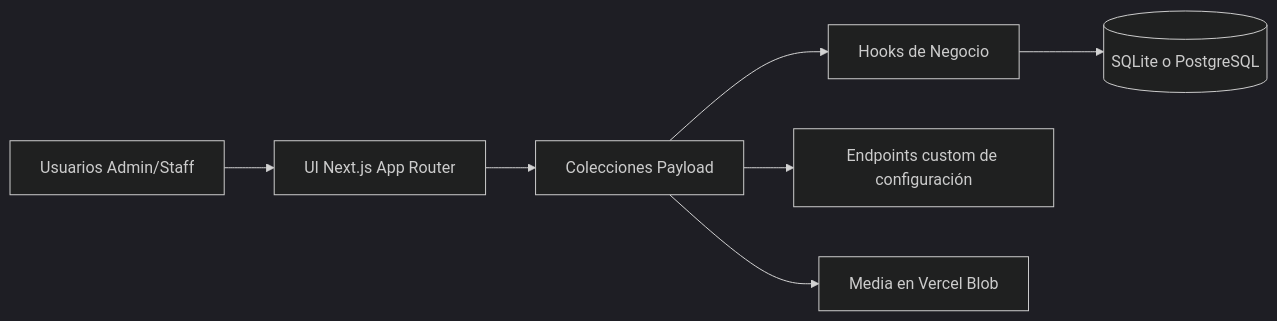
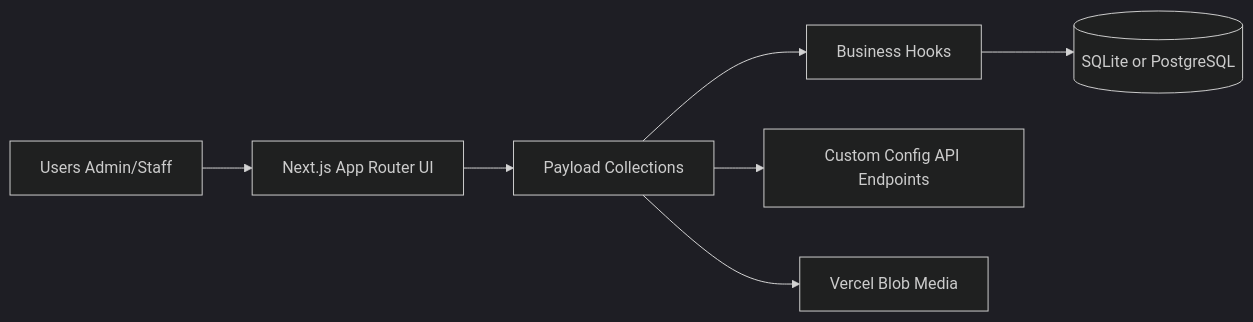
Before and after one commit to alejandrofrank464/sistema-gimnasio-payload: the diagram in README.es.md, drawn with Mermaid (dark theme). The commit also changed other lines of this file and 21 other files, not shown here.

````diff
--- a/README.es.md
+++ b/README.es.md
@@ -91,9 +55,9 @@
 ```mermaid
 flowchart LR
-  A[Usuarios Admin/Staff] --> B[UI Next.js App Router]
-  B --> C[Colecciones Payload]
-  C --> D[Hooks de Negocio]
-  D --> E[(SQLite o PostgreSQL)]
-  C --> F[Endpoints custom de configuración]
-  C --> G[Media en Vercel Blob]
+  A[Users Admin/Staff] --> B[Next.js App Router UI]
+  B --> C[Payload Collections]
+  C --> D[Business Hooks]
+  D --> E[(SQLite or PostgreSQL)]
+  C --> F[Custom Config API Endpoints]
+  C --> G[Vercel Blob Media]
 ```
````
